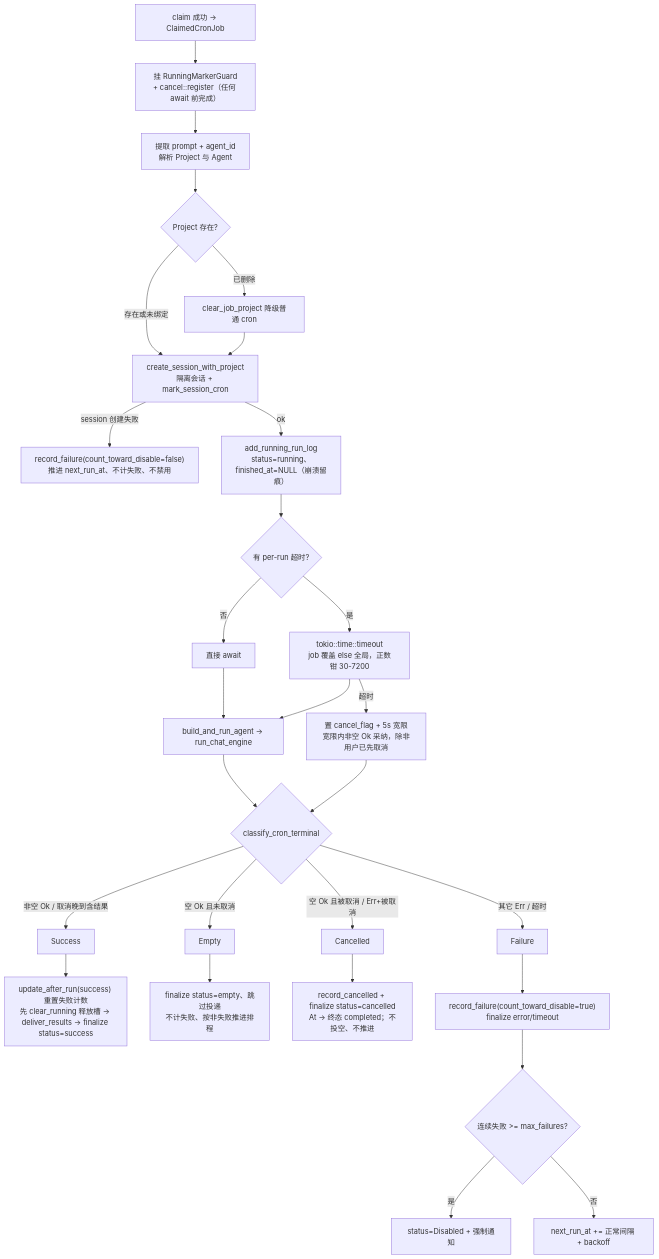
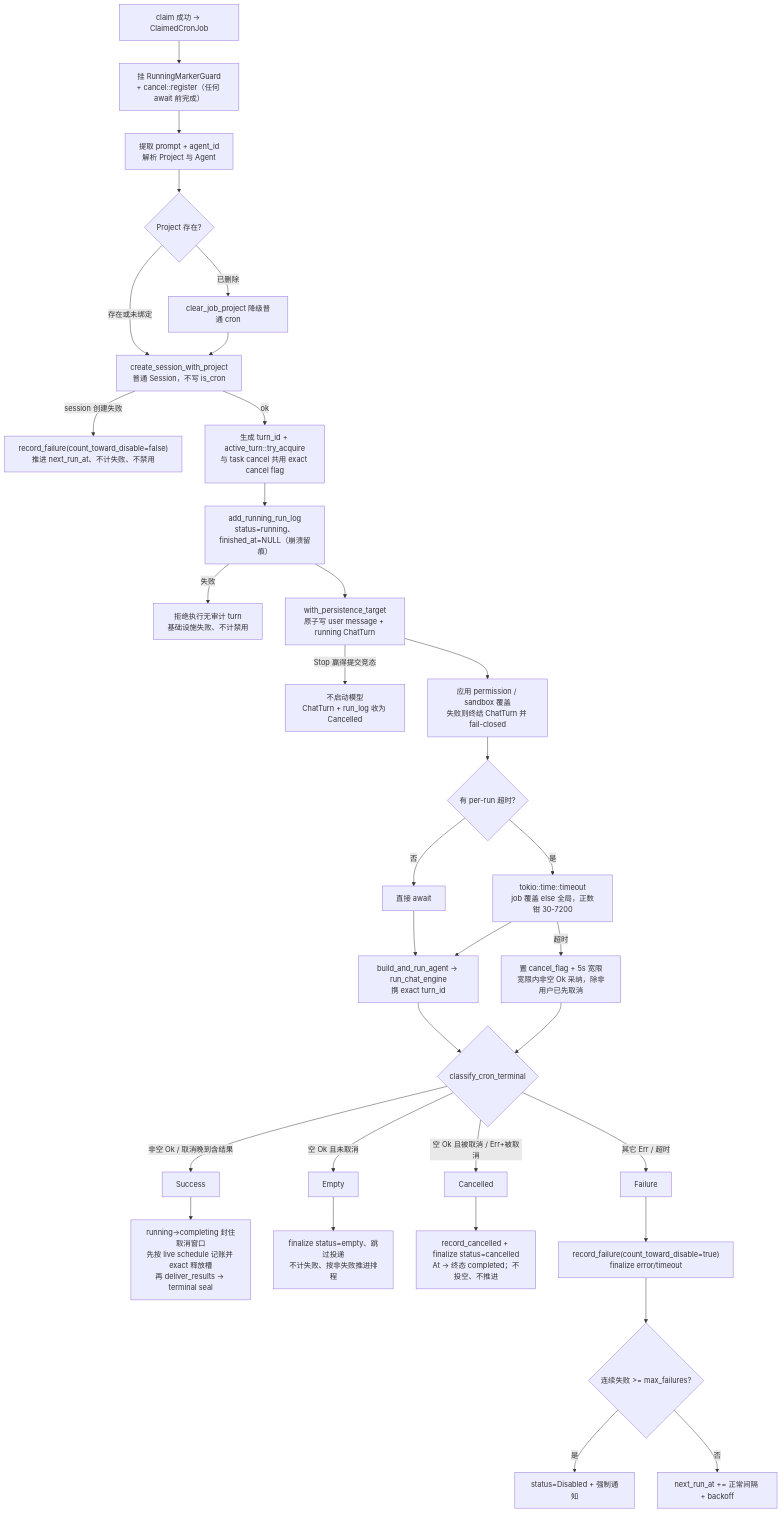
One commit to gabrielmoreira/agent-skills-mirror changed the fourth of 5 diagrams in mirrors/repos/shiwenwen@hope-agent/docs/architecture/infra/cron.md. Above: the diagram before and after it, drawn with Mermaid. The commit also changed other lines of this file and 2081 other files, not shown here.

````diff
--- a/mirrors/repos/shiwenwen@hope-agent/docs/architecture/infra/cron.md
+++ b/mirrors/repos/shiwenwen@hope-agent/docs/architecture/infra/cron.md
@@ -333,29 +395,34 @@
 ```mermaid
 flowchart TD
     A[claim 成功 → ClaimedCronJob] --> RG["挂 RunningMarkerGuard<br/>+ cancel::register（任何 await 前完成）"]
     RG --> C["提取 prompt + agent_id<br/>解析 Project 与 Agent"]
     C --> C2{Project 存在?}
-    C2 -->|存在或未绑定| D["create_session_with_project<br/>隔离会话 + mark_session_cron"]
+    C2 -->|存在或未绑定| D["create_session_with_project<br/>普通 Session，不写 is_cron"]
     C2 -->|已删除| C3["clear_job_project 降级普通 cron"] --> D
     D -->|session 创建失败| INF["record_failure(count_toward_disable=false)<br/>推进 next_run_at、不计失败、不禁用"]
-    D -->|ok| DR["add_running_run_log<br/>status=running、finished_at=NULL（崩溃留痕）"]
-    DR --> E{有 per-run 超时?}
+    D -->|ok| AT["生成 turn_id + active_turn::try_acquire<br/>与 task cancel 共用 exact cancel flag"]
+    AT --> DR["add_running_run_log<br/>status=running、finished_at=NULL（崩溃留痕）"]
+    DR -->|失败| INF2["拒绝执行无审计 turn<br/>基础设施失败、不计禁用"]
+    DR --> PC["with_persistence_target<br/>原子写 user message + running ChatTurn"]
+    PC -->|Stop 赢得提交竞态| CAN0["不启动模型<br/>ChatTurn + run_log 收为 Cancelled"]
+    PC --> PRE["应用 permission / sandbox 覆盖<br/>失败则终结 ChatTurn 并 fail-closed"]
+    PRE --> E{有 per-run 超时?}
     E -->|否| ER[直接 await]
     E -->|是| ET["tokio::time::timeout<br/>job 覆盖 else 全局，正数钳 30-7200"]
-    ER --> F[build_and_run_agent → run_chat_engine]
+    ER --> F["build_and_run_agent → run_chat_engine<br/>携 exact turn_id"]
     ET --> F
     F --> CT{classify_cron_terminal}
     ET -->|超时| TO["置 cancel_flag + 5s 宽限<br/>宽限内非空 Ok 采纳，除非用户已先取消"] --> CT
 
     CT -->|非空 Ok / 取消晚到含结果| SUC[Success]
     CT -->|空 Ok 且未取消| EMP[Empty]
     CT -->|空 Ok 且被取消 / Err+被取消| CAN[Cancelled]
     CT -->|其它 Err / 超时| FAIL[Failure]
 
-    SUC --> S1["update_after_run(success) 重置失败计数<br/>先 clear_running 释放槽 → deliver_results → finalize status=success"]
+    SUC --> S1["running→completing 封住取消窗口<br/>先按 live schedule 记账并 exact 释放槽<br/>再 deliver_results → terminal seal"]
     EMP --> EM1["finalize status=empty、跳过投递<br/>不计失败、按非失败推进排程"]
     CAN --> CN1["record_cancelled + finalize status=cancelled<br/>At → 终态 completed；不投空、不推进"]
     FAIL --> W["record_failure(count_toward_disable=true)<br/>finalize error/timeout"] --> Z{连续失败 >= max_failures?}
     Z -->|是| Z1["status=Disabled + 强制通知"]
     Z -->|否| Z2["next_run_at += 正常间隔 + backoff"]
 ```
````
